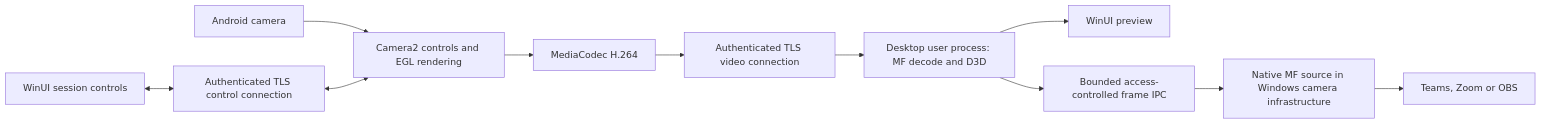
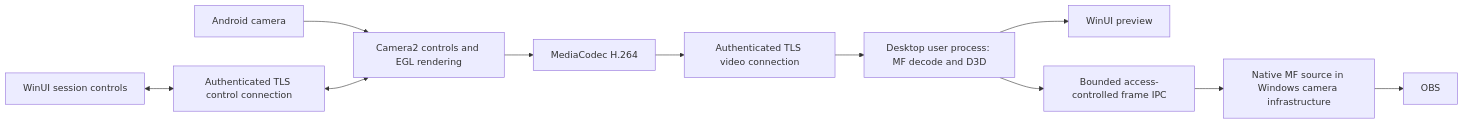
One commit to sangimed/camylla changed the diagram in docs/design.md. Above: the diagram before and after it, drawn with Mermaid. The commit also changed other lines of this file and 9 other files, not shown here.

````diff
--- a/docs/design.md
+++ b/docs/design.md
@@ -52,13 +52,13 @@
 ```mermaid
 flowchart LR
     A[Android camera] --> B[Camera2 controls and EGL rendering]
     B --> C[MediaCodec H.264]
     C --> D[Authenticated TLS video connection]
     D --> E[Desktop user process: MF decode and D3D]
     E --> F[WinUI preview]
     E --> G[Bounded access-controlled frame IPC]
     G --> H[Native MF source in Windows camera infrastructure]
-    H --> I[Teams, Zoom or OBS]
+    H --> I[OBS]
     J[WinUI session controls] <--> K[Authenticated TLS control connection]
     K <--> B
 ```
````
